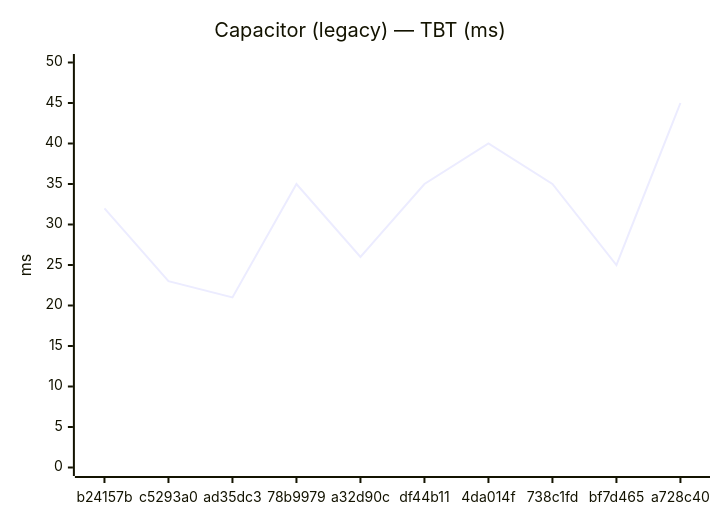
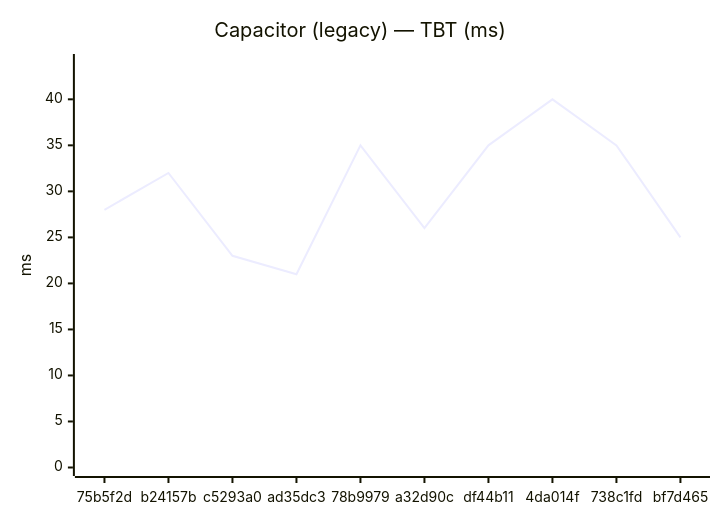
Before and after one commit to Metaheurist/Rianell: the sixth of 24 diagrams in benchmarks/compare.md, drawn with Mermaid. The commit also changed other lines of this file and 14 other files, not shown here.

````diff
--- a/benchmarks/compare.md
+++ b/benchmarks/compare.md
@@ -91,7 +91,7 @@
 ```mermaid
 xychart-beta
     title "Capacitor (legacy) — TBT (ms)"
-    x-axis ["b24157b", "c5293a0", "ad35dc3", "78b9979", "a32d90c", "df44b11", "4da014f", "738c1fd", "bf7d465", "a728c40"]
-    y-axis "ms" 0 --> 50
-    line [32, 23, 21, 35, 26, 35, 40, 35, 25, 45]
+    x-axis ["75b5f2d", "b24157b", "c5293a0", "ad35dc3", "78b9979", "a32d90c", "df44b11", "4da014f", "738c1fd", "bf7d465"]
+    y-axis "ms" 0 --> 44
+    line [28, 32, 23, 21, 35, 26, 35, 40, 35, 25]
 ```
````
